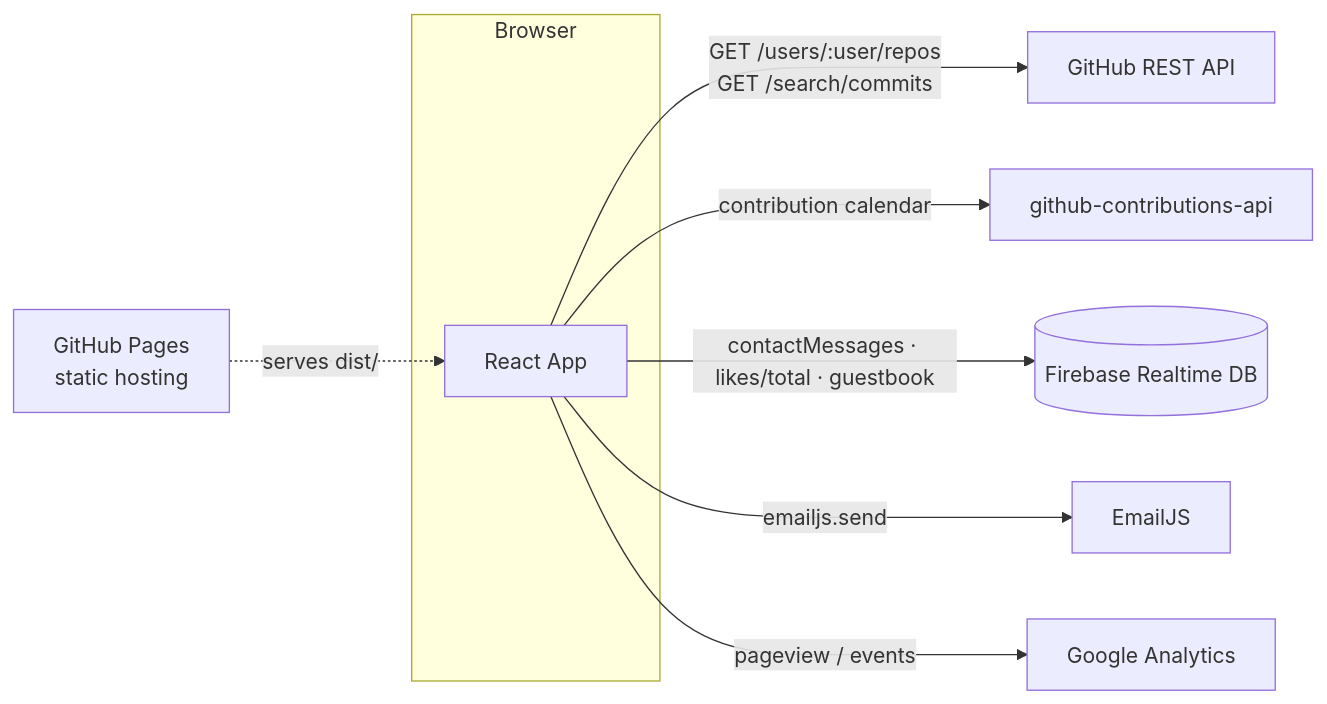
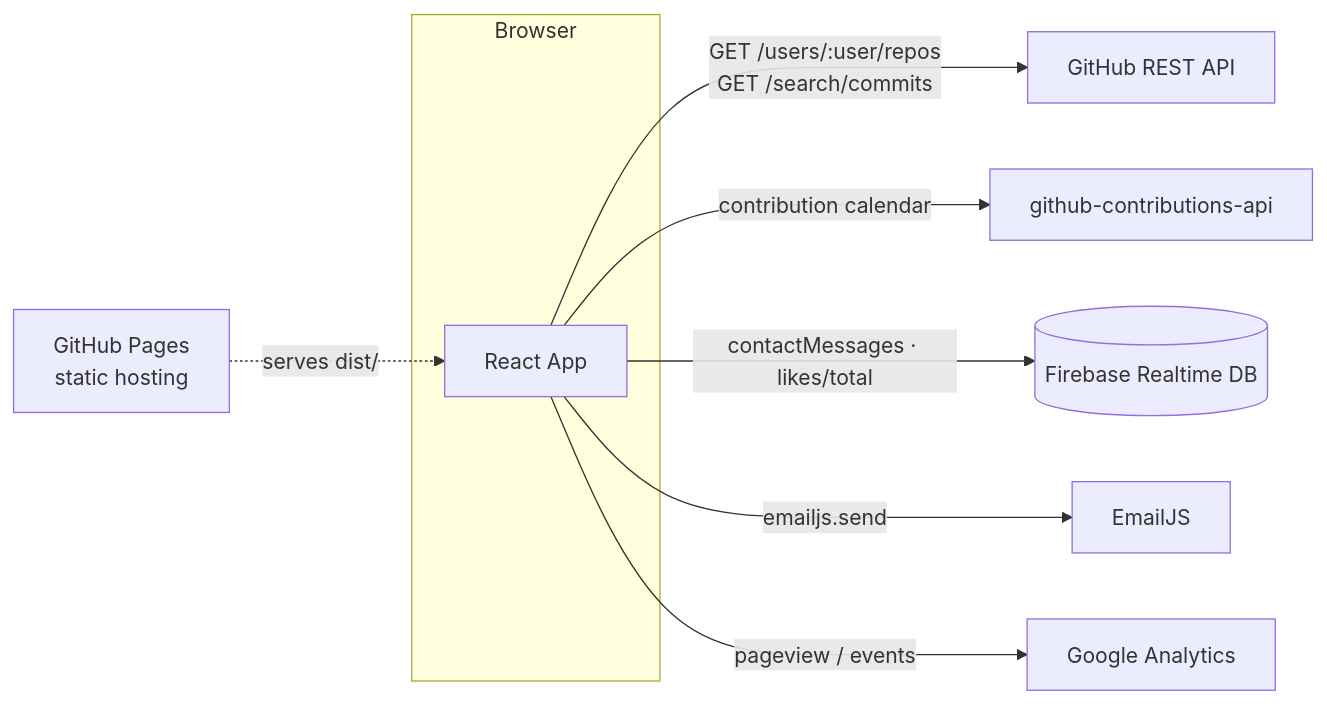
One commit to AhmedNassar7/AhmedNassar7.github.io changed the first of 5 diagrams in docs/ARCHITECTURE.md. Above: the diagram before and after it, drawn with Mermaid. The commit also changed other lines of this file and 14 other files, not shown here.

````diff
--- a/docs/ARCHITECTURE.md
+++ b/docs/ARCHITECTURE.md
@@ -16,14 +16,14 @@
 ```mermaid
 flowchart LR
     subgraph Browser
         App[React App]
     end
 
     App -->|GET /users/:user/repos<br/>GET /search/commits| GitHubAPI[GitHub REST API]
     App -->|contribution calendar| GHCalendar[github-contributions-api]
-    App -->|contactMessages · likes/total · guestbook| Firebase[(Firebase Realtime DB)]
+    App -->|contactMessages · likes/total| Firebase[(Firebase Realtime DB)]
     App -->|emailjs.send| EmailJS[EmailJS]
     App -->|pageview / events| GA[Google Analytics]
 
     GHPages[GitHub Pages<br/>static hosting] -.serves dist/.-> App
 ```
````
